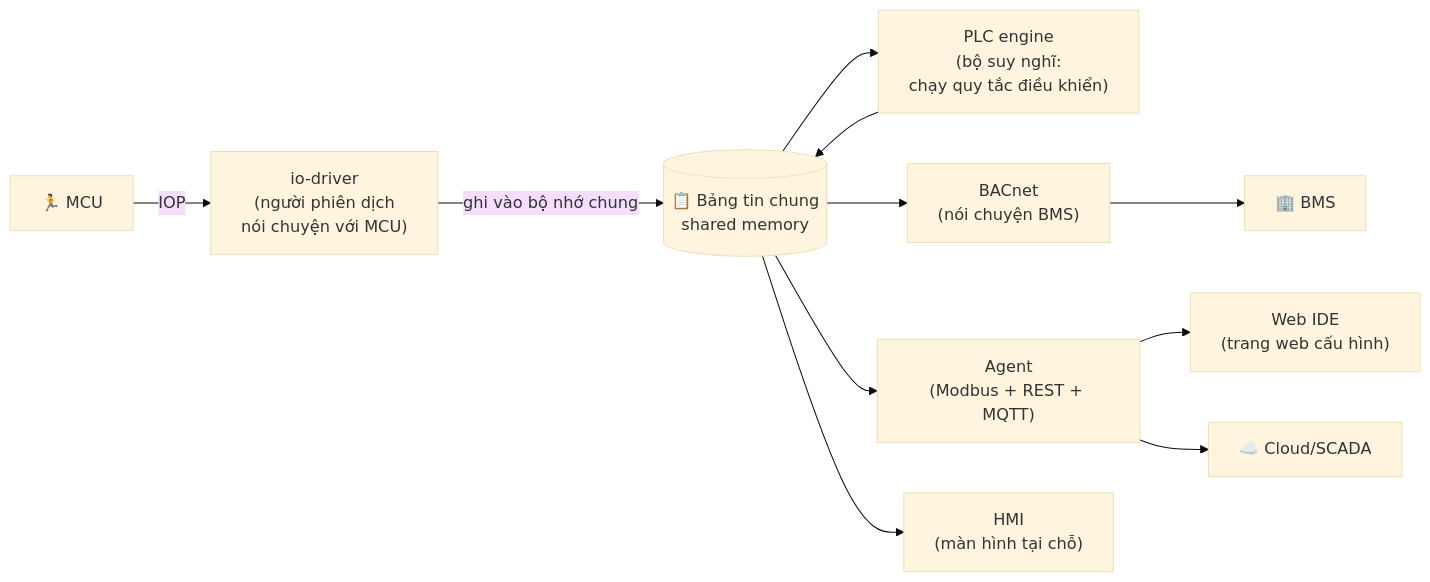
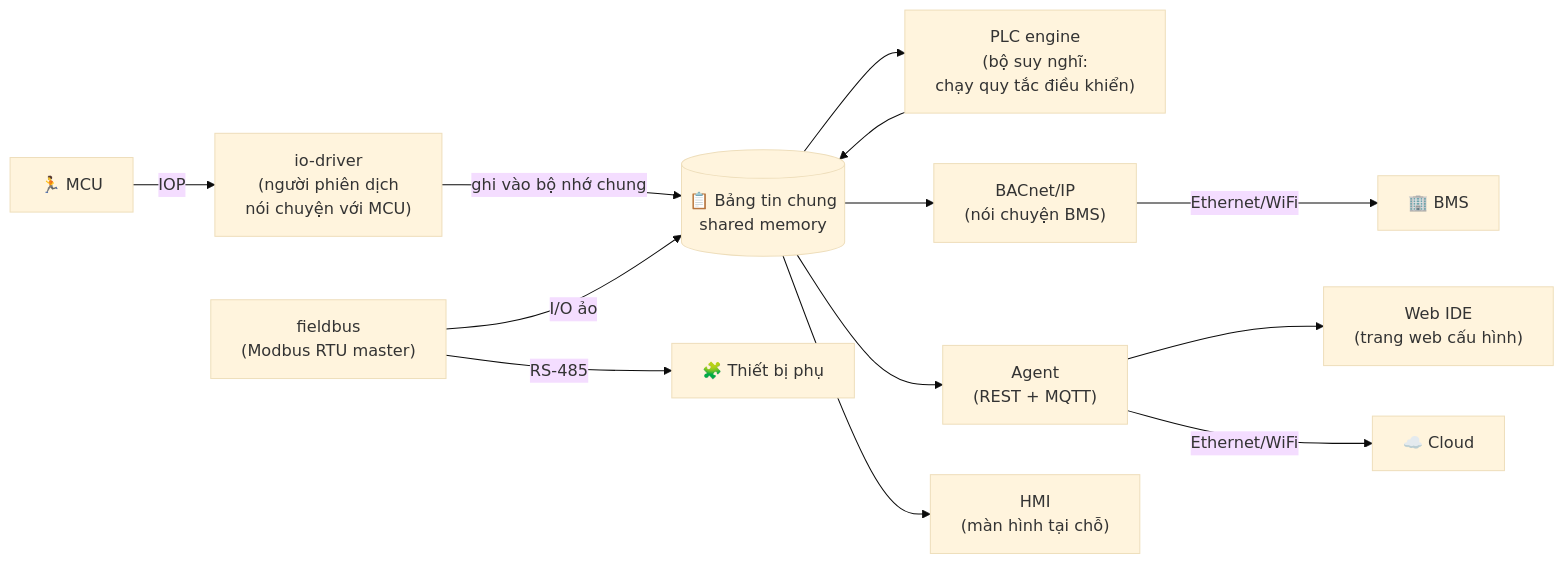
One commit to haizzdungnay/DDC24 changed the third of 9 diagrams in docs/00_management/KX-DDC24-SYS-ARCH-001_VI.md. Above: the diagram before and after it, drawn with Mermaid (base theme). The commit also changed other lines of this file and 25 other files, not shown here.

First line of the commit message:
arch: ARCH-R010 — northbound IP-only, southbound Modbus RTU master

````diff
--- a/docs/00_management/KX-DDC24-SYS-ARCH-001_VI.md
+++ b/docs/00_management/KX-DDC24-SYS-ARCH-001_VI.md
@@ -133,13 +136,15 @@
 ```mermaid
 graph LR
   MCU[🏃 MCU] -->|IOP| IOD["io-driver<br/>(người phiên dịch<br/>nói chuyện với MCU)"]
   IOD -->|"ghi vào bộ nhớ chung"| SHM[("📋 Bảng tin chung<br/>shared memory")]
   SHM --> PLC["PLC engine<br/>(bộ suy nghĩ:<br/>chạy quy tắc điều khiển)"]
   PLC --> SHM
-  SHM --> BAC["BACnet<br/>(nói chuyện BMS)"]
-  SHM --> AGENT["Agent<br/>(Modbus + REST + MQTT)"]
+  SHM --> BAC["BACnet/IP<br/>(nói chuyện BMS)"]
+  SHM --> AGENT["Agent<br/>(REST + MQTT)"]
   SHM --> HMI["HMI<br/>(màn hình tại chỗ)"]
+  FB["fieldbus<br/>(Modbus RTU master)"] -->|"I/O ảo"| SHM
+  FB -->|"RS-485"| EXT[🧩 Thiết bị phụ]
   AGENT --> WEB["Web IDE<br/>(trang web cấu hình)"]
-  BAC --> BMS[🏢 BMS]
-  AGENT --> CLOUD[☁️ Cloud/SCADA]
+  BAC -->|"Ethernet/WiFi"| BMS[🏢 BMS]
+  AGENT -->|"Ethernet/WiFi"| CLOUD[☁️ Cloud]
 ```
````
